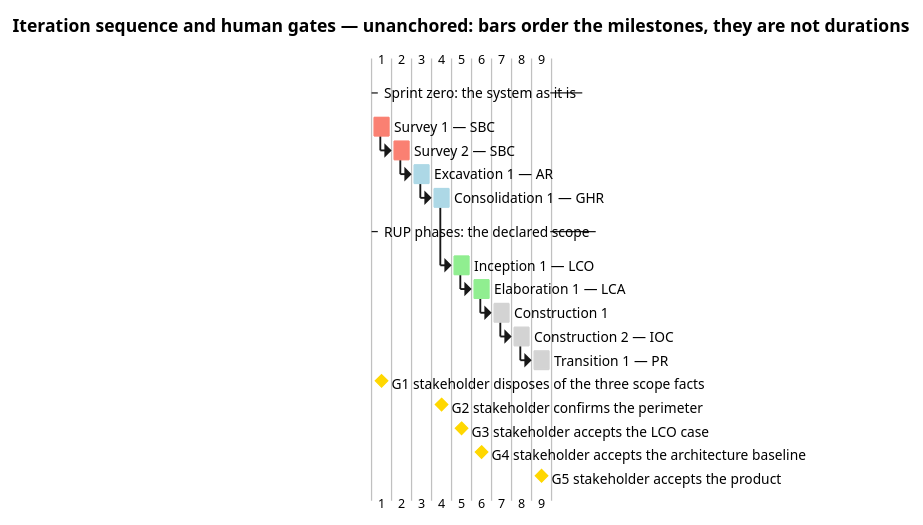
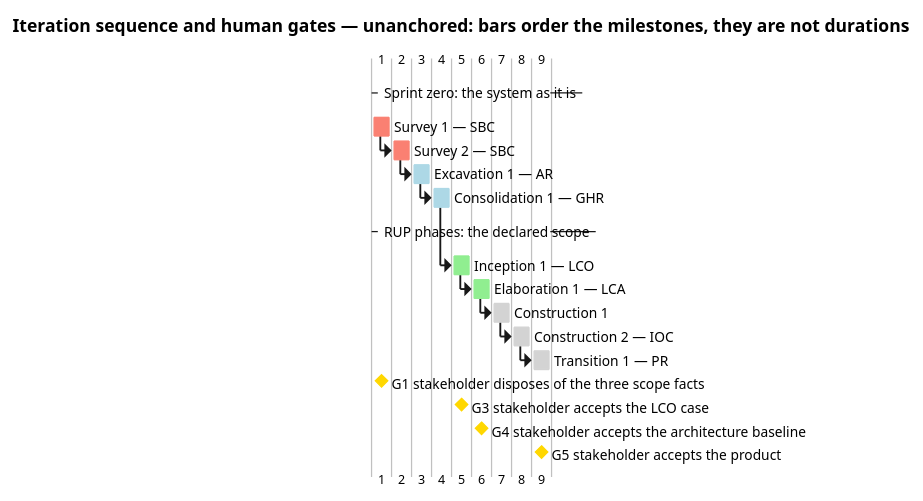
The second of 4 diagrams in docs/artifacts/project-management/iteration-plan.md (banense-test/TodoApp), drawn with PlantUML before and after one commit. The commit also changed other lines of this file, not shown here.

````diff
--- a/docs/artifacts/project-management/iteration-plan.md
+++ b/docs/artifacts/project-management/iteration-plan.md
@@ -106,58 +106,57 @@
 ```plantuml
 @startgantt
 title Iteration sequence and human gates — unanchored: bars order the milestones, they are not durations
 skinparam shadowing false
 
 -- Sprint zero: the system as it is --
 [Survey 1 — SBC] lasts 1 day
 [Survey 2 — SBC] lasts 1 day
 [Excavation 1 — AR] lasts 1 day
 [Consolidation 1 — GHR] lasts 1 day
 
 -- RUP phases: the declared scope --
 [Inception 1 — LCO] lasts 1 day
 [Elaboration 1 — LCA] lasts 1 day
 [Construction 1] lasts 1 day
 [Construction 2 — IOC] lasts 1 day
 [Transition 1 — PR] lasts 1 day
 
 [Survey 2 — SBC] starts at [Survey 1 — SBC]'s end
 [Excavation 1 — AR] starts at [Survey 2 — SBC]'s end
 [Consolidation 1 — GHR] starts at [Excavation 1 — AR]'s end
 [Inception 1 — LCO] starts at [Consolidation 1 — GHR]'s end
 [Elaboration 1 — LCA] starts at [Inception 1 — LCO]'s end
 [Construction 1] starts at [Elaboration 1 — LCA]'s end
 [Construction 2 — IOC] starts at [Construction 1]'s end
 [Transition 1 — PR] starts at [Construction 2 — IOC]'s end
 
 [G1 stakeholder disposes of the three scope facts] happens at [Survey 1 — SBC]'s end
-[G2 stakeholder confirms the perimeter] happens at [Consolidation 1 — GHR]'s start
 [G3 stakeholder accepts the LCO case] happens at [Inception 1 — LCO]'s end
 [G4 stakeholder accepts the architecture baseline] happens at [Elaboration 1 — LCA]'s end
 [G5 stakeholder accepts the product] happens at [Transition 1 — PR]'s end
 
 [Survey 1 — SBC] is colored in Salmon
 [Survey 2 — SBC] is colored in Salmon
 [Excavation 1 — AR] is colored in LightBlue
 [Consolidation 1 — GHR] is colored in LightBlue
 [Inception 1 — LCO] is colored in LightGreen
 [Elaboration 1 — LCA] is colored in LightGreen
 [Construction 1] is colored in LightGray
 [Construction 2 — IOC] is colored in LightGray
 [Transition 1 — PR] is colored in LightGray
 [G1 stakeholder disposes of the three scope facts] is colored in Gold
-[G2 stakeholder confirms the perimeter] is colored in Gold
 [G3 stakeholder accepts the LCO case] is colored in Gold
 [G4 stakeholder accepts the architecture baseline] is colored in Gold
 [G5 stakeholder accepts the product] is colored in Gold
 
 note bottom
   Every bar is the renderer's unit step, placed only to order the milestones:
   no iteration in this project has a measured elapsed time, so none is
   quoted and no bar is a duration. No project start date is given, because
-  none has been measured. The five gold markers are human gates: queue time,
+  none has been measured. The four gold markers are human gates: queue time,
   not work — ceiling 14 days each (R026), estimate none, the actual reported
-  apart from agent time once the gate closes.
+  apart from agent time once the gate closes. The perimeter's confirmation
+  is not a gate of its own: it was obtained at the SBC gate of 2026-11-14.
 end note
 @endgantt
 ```
````
